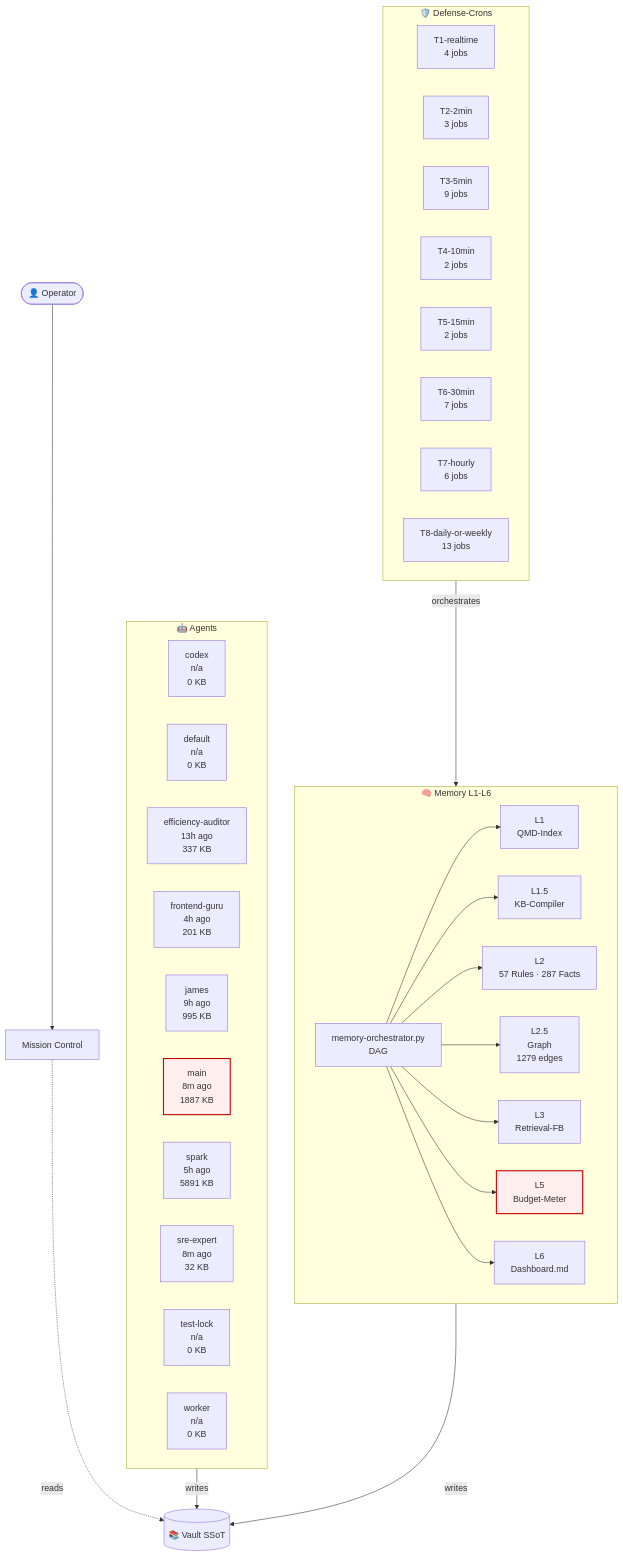
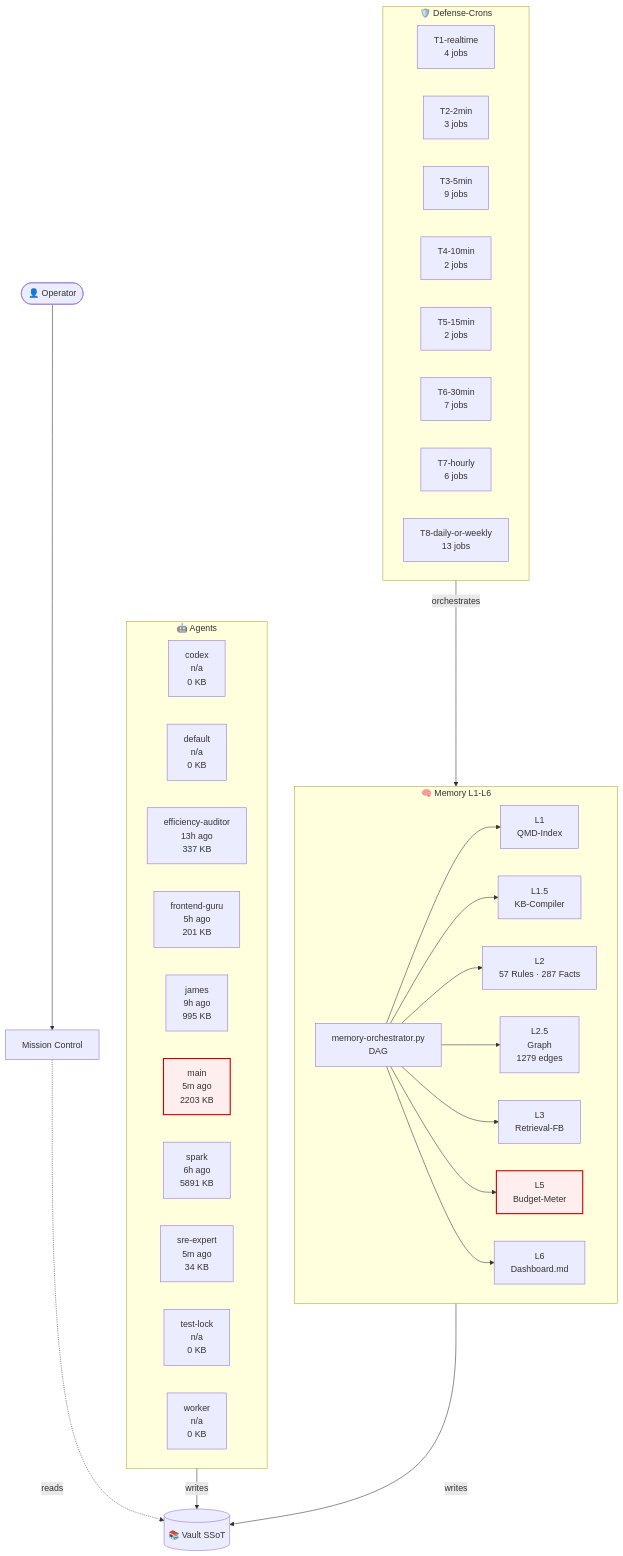
The diagram in 03-Agents/architecture-live.md (lenardhuebner88-rgb/openclaw-memory), drawn with Mermaid before and after one commit. The commit also changed other lines of this file and 13 other files, not shown here.

````diff
--- a/03-Agents/architecture-live.md
+++ b/03-Agents/architecture-live.md
@@ -18,53 +18,53 @@
 ```mermaid
 flowchart TB
     classDef critical fill:#fee,stroke:#c00,stroke-width:2px;
     subgraph AGT["🤖 Agents"]
         agent_codex["codex<br/>n/a<br/>0 KB"]
         agent_default["default<br/>n/a<br/>0 KB"]
         agent_efficiency_auditor["efficiency-auditor<br/>13h ago<br/>337 KB"]
-        agent_frontend_guru["frontend-guru<br/>4h ago<br/>201 KB"]
+        agent_frontend_guru["frontend-guru<br/>5h ago<br/>201 KB"]
         agent_james["james<br/>9h ago<br/>995 KB"]
-        agent_main["main<br/>8m ago<br/>1887 KB"]
-        agent_spark["spark<br/>5h ago<br/>5891 KB"]
-        agent_sre_expert["sre-expert<br/>8m ago<br/>32 KB"]
+        agent_main["main<br/>5m ago<br/>2203 KB"]
+        agent_spark["spark<br/>6h ago<br/>5891 KB"]
+        agent_sre_expert["sre-expert<br/>5m ago<br/>34 KB"]
         agent_test_lock["test-lock<br/>n/a<br/>0 KB"]
         agent_worker["worker<br/>n/a<br/>0 KB"]
     end
     subgraph MEM["🧠 Memory L1-L6"]
         L1["L1<br/>QMD-Index"]
         L15["L1.5<br/>KB-Compiler"]
         L2["L2<br/>57 Rules · 287 Facts"]
         L25["L2.5<br/>Graph<br/>1279 edges"]
         L3["L3<br/>Retrieval-FB"]
         L5["L5<br/>Budget-Meter"]
         L6["L6<br/>Dashboard.md"]
         ORCH["memory-orchestrator.py<br/>DAG"]
     end
     subgraph CRN["🛡️ Defense-Crons"]
         tier_T1_realtime["T1-realtime<br/>4 jobs"]
         tier_T2_2min["T2-2min<br/>3 jobs"]
         tier_T3_5min["T3-5min<br/>9 jobs"]
         tier_T4_10min["T4-10min<br/>2 jobs"]
         tier_T5_15min["T5-15min<br/>2 jobs"]
         tier_T6_30min["T6-30min<br/>7 jobs"]
         tier_T7_hourly["T7-hourly<br/>6 jobs"]
         tier_T8_daily_or_weekly["T8-daily-or-weekly<br/>13 jobs"]
     end
     VAULT[("📚 Vault SSoT")]
     OP([👤 Operator])
     MC["Mission Control"]
     OP --> MC
     MC -.reads.-> VAULT
     AGT -->|writes| VAULT
     MEM -->|writes| VAULT
     ORCH --> L1
     ORCH --> L15
     ORCH --> L2
     ORCH --> L25
     ORCH --> L3
     ORCH --> L5
     ORCH --> L6
     CRN -->|orchestrates| MEM
     class L5 critical
     class agent_main critical
 ```
````
